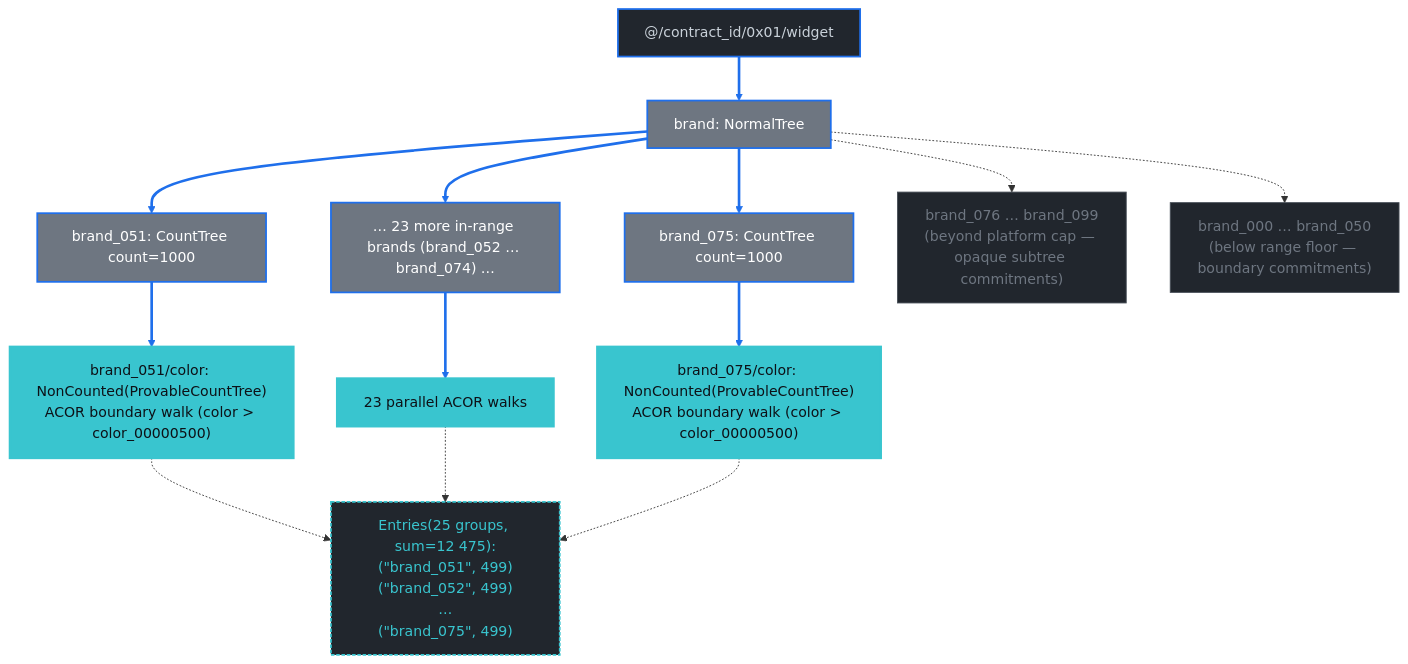
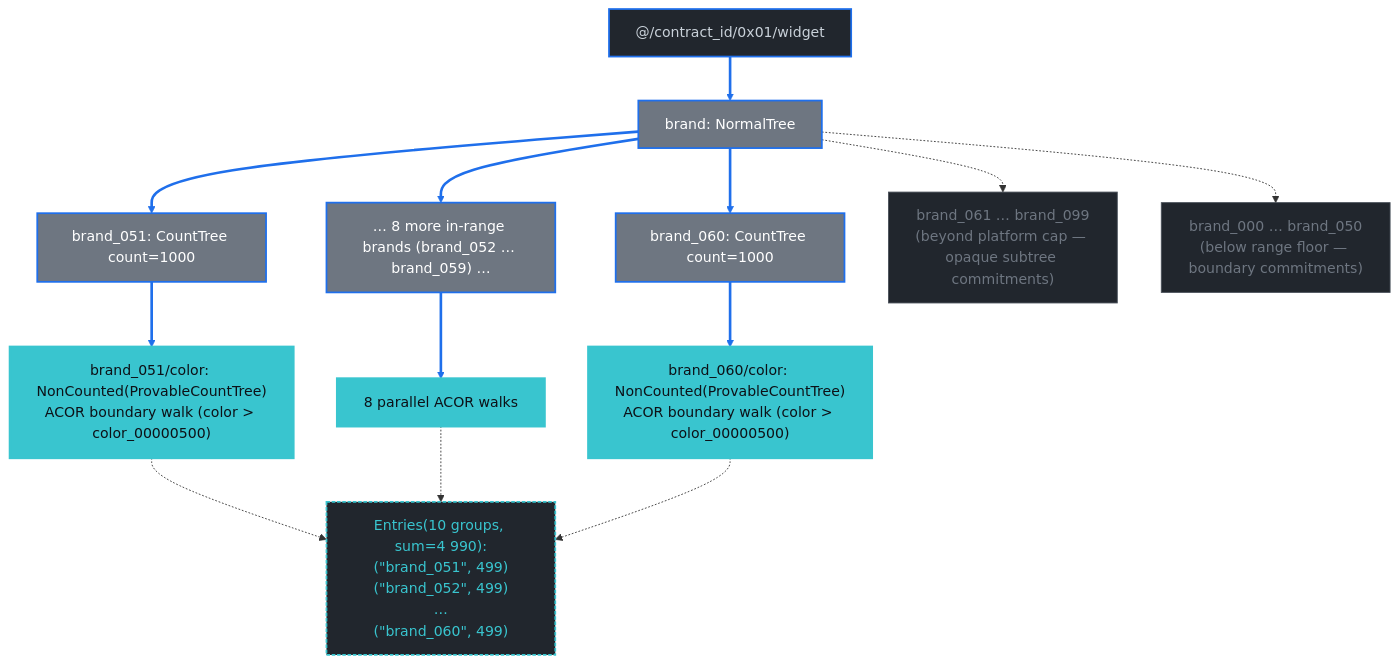
One commit to dashpay/platform changed diagram 13 of 14 in book/src/drive/count-index-group-by-examples.md. Above: the diagram before and after it, drawn with Mermaid. The commit also changed other lines of this file and 4 other files, not shown here.

````diff
--- a/book/src/drive/count-index-group-by-examples.md
+++ b/book/src/drive/count-index-group-by-examples.md
@@ -1276,33 +1286,33 @@
 ```mermaid
 flowchart TB
   WD["@/contract_id/0x01/widget"]:::tree
   WD ==> BR["brand: NormalTree"]:::path
   BR ==> B051["brand_051: CountTree count=1000"]:::path
-  BR ==> BMore["… 23 more in-range brands (brand_052 … brand_074) …"]:::path
-  BR ==> B075["brand_075: CountTree count=1000"]:::path
-  BR -.-> BCapped["brand_076 … brand_099<br/>(beyond platform cap — opaque subtree commitments)"]:::faded
+  BR ==> BMore["… 8 more in-range brands (brand_052 … brand_059) …"]:::path
+  BR ==> B060["brand_060: CountTree count=1000"]:::path
+  BR -.-> BCapped["brand_061 … brand_099<br/>(beyond platform cap — opaque subtree commitments)"]:::faded
   BR -.-> BBelow["brand_000 … brand_050<br/>(below range floor — boundary commitments)"]:::faded
 
   B051 ==> B051_C["brand_051/color: NonCounted(ProvableCountTree)<br/>ACOR boundary walk (color > color_00000500)"]:::target
-  BMore ==> BMore_C["23 parallel ACOR walks"]:::target
-  B075 ==> B075_C["brand_075/color: NonCounted(ProvableCountTree)<br/>ACOR boundary walk (color > color_00000500)"]:::target
+  BMore ==> BMore_C["8 parallel ACOR walks"]:::target
+  B060 ==> B060_C["brand_060/color: NonCounted(ProvableCountTree)<br/>ACOR boundary walk (color > color_00000500)"]:::target
 
-  SDK["Entries(25 groups, sum=12 475):<br/>(&quot;brand_051&quot;, 499)<br/>(&quot;brand_052&quot;, 499)<br/>…<br/>(&quot;brand_075&quot;, 499)"]:::sdk
+  SDK["Entries(10 groups, sum=4 990):<br/>(&quot;brand_051&quot;, 499)<br/>(&quot;brand_052&quot;, 499)<br/>…<br/>(&quot;brand_060&quot;, 499)"]:::sdk
   B051_C -.-> SDK
   BMore_C -.-> SDK
-  B075_C -.-> SDK
+  B060_C -.-> SDK
 
   classDef tree fill:#21262d,color:#c9d1d9,stroke:#1f6feb,stroke-width:2px;
   classDef path fill:#6e7681,color:#fff,stroke:#1f6feb,stroke-width:2px;
   classDef faded fill:#21262d,color:#6e7681,stroke:#484f58;
   classDef target fill:#39c5cf,color:#0d1117,stroke:#39c5cf,stroke-width:3px;
   classDef sdk fill:#21262d,color:#39c5cf,stroke:#39c5cf,stroke-width:2px,stroke-dasharray: 4 2;
 
   linkStyle 0 stroke:#1f6feb,stroke-width:3px;
   linkStyle 1 stroke:#1f6feb,stroke-width:3px;
   linkStyle 2 stroke:#1f6feb,stroke-width:3px;
   linkStyle 3 stroke:#1f6feb,stroke-width:3px;
   linkStyle 6 stroke:#1f6feb,stroke-width:3px;
   linkStyle 7 stroke:#1f6feb,stroke-width:3px;
   linkStyle 8 stroke:#1f6feb,stroke-width:3px;
 ```
````
